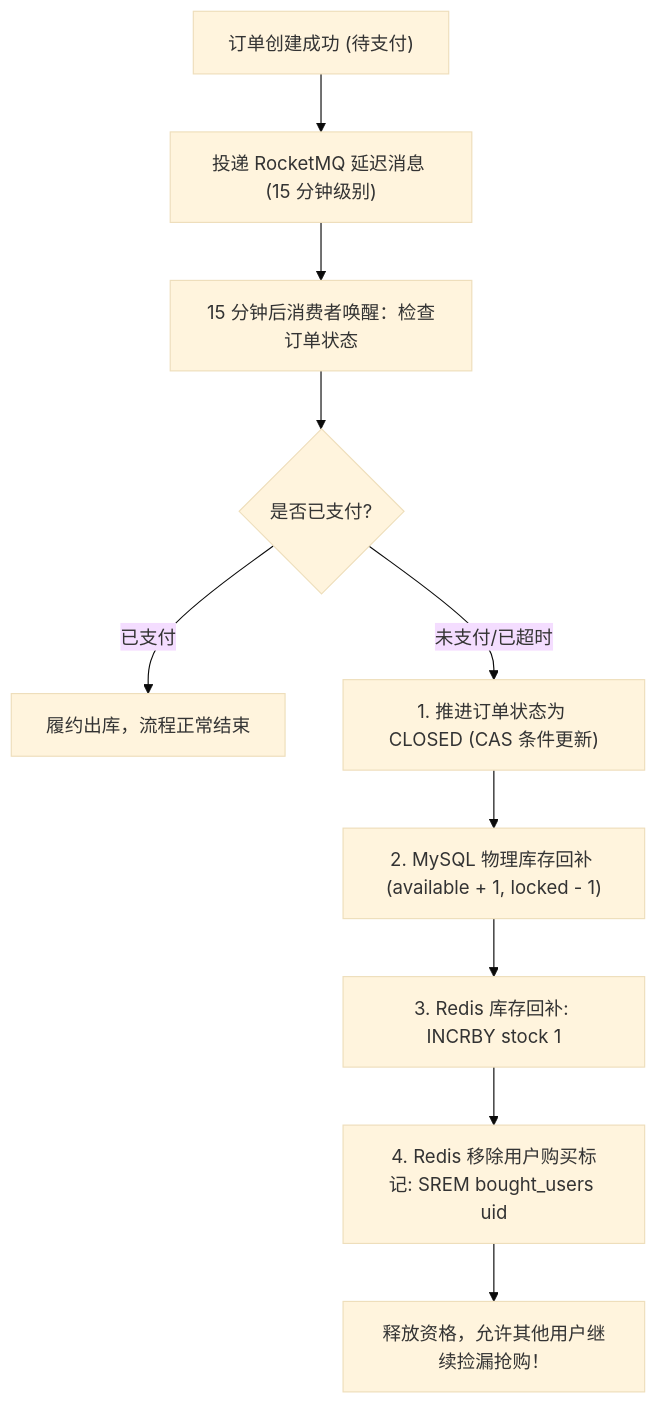
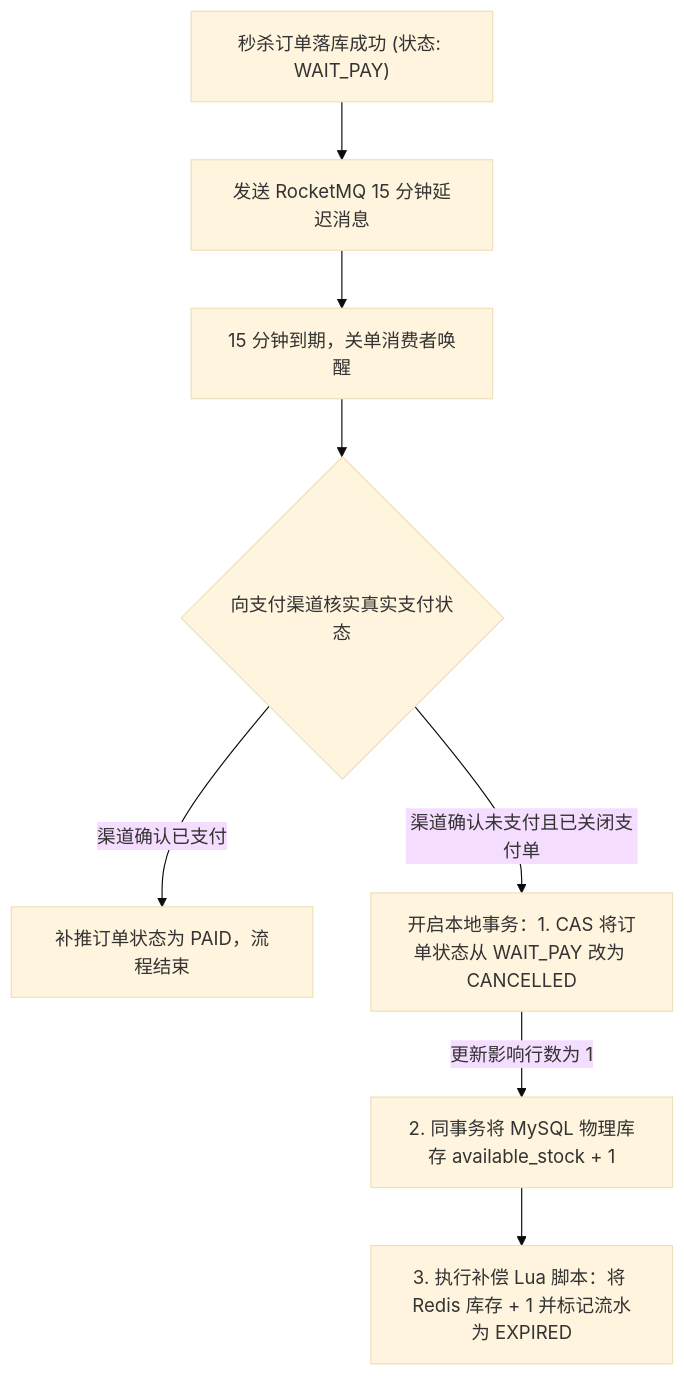
Before and after one commit to GuoWWWX/knowledge-base: the fourth of 4 diagrams in 20-Java后端/08-系统设计/04-秒杀系统设计.md, drawn with Mermaid (base theme). The commit also changed other lines of this file and 251 other files, not shown here.

````diff
--- a/20-Java后端/08-系统设计/04-秒杀系统设计.md
+++ b/20-Java后端/08-系统设计/04-秒杀系统设计.md
@@ -191,12 +203,10 @@
 ```mermaid
 flowchart TD
-    OrderCreated["订单创建成功 (待支付)"] --> DelayMQ["投递 RocketMQ 延迟消息 (15 分钟级别)"]
-    DelayMQ --> CheckPay["15 分钟后消费者唤醒：检查订单状态"]
-    CheckPay --> IsPaid{是否已支付?}
-    IsPaid -->|"已支付"| Finish["履约出库，流程正常结束"]
-    IsPaid -->|"未支付/已超时"| CancelOrder["1. 推进订单状态为 CLOSED (CAS 条件更新)"]
-    CancelOrder --> RollbackDB["2. MySQL 物理库存回补 (available + 1, locked - 1)"]
-    RollbackDB --> RollbackRedis["3. Redis 库存回补: INCRBY stock 1"]
-    RollbackRedis --> RemoveUser["4. Redis 移除用户购买标记: SREM bought_users uid"]
-    RemoveUser --> AllowRetry["释放资格，允许其他用户继续捡漏抢购！"]
+    OrderCreated["秒杀订单落库成功 (状态: WAIT_PAY)"] --> DelayMQ["发送 RocketMQ 15 分钟延迟消息"]
+    DelayMQ --> CheckPay["15 分钟到期，关单消费者唤醒"]
+    CheckPay --> QueryChannel{"向支付渠道核实真实支付状态"}
+    QueryChannel -->|"渠道确认已支付"| MarkPaid["补推订单状态为 PAID，流程结束"]
+    QueryChannel -->|"渠道确认未支付且已关闭支付单"| CloseOrder["开启本地事务：1. CAS 将订单状态从 WAIT_PAY 改为 CANCELLED"]
+    CloseOrder -->|"更新影响行数为 1"| RollbackDB["2. 同事务将 MySQL 物理库存 available_stock + 1"]
+    RollbackDB --> RollbackRedis["3. 执行补偿 Lua 脚本：将 Redis 库存 + 1 并标记流水为 EXPIRED"]
 ```
````
